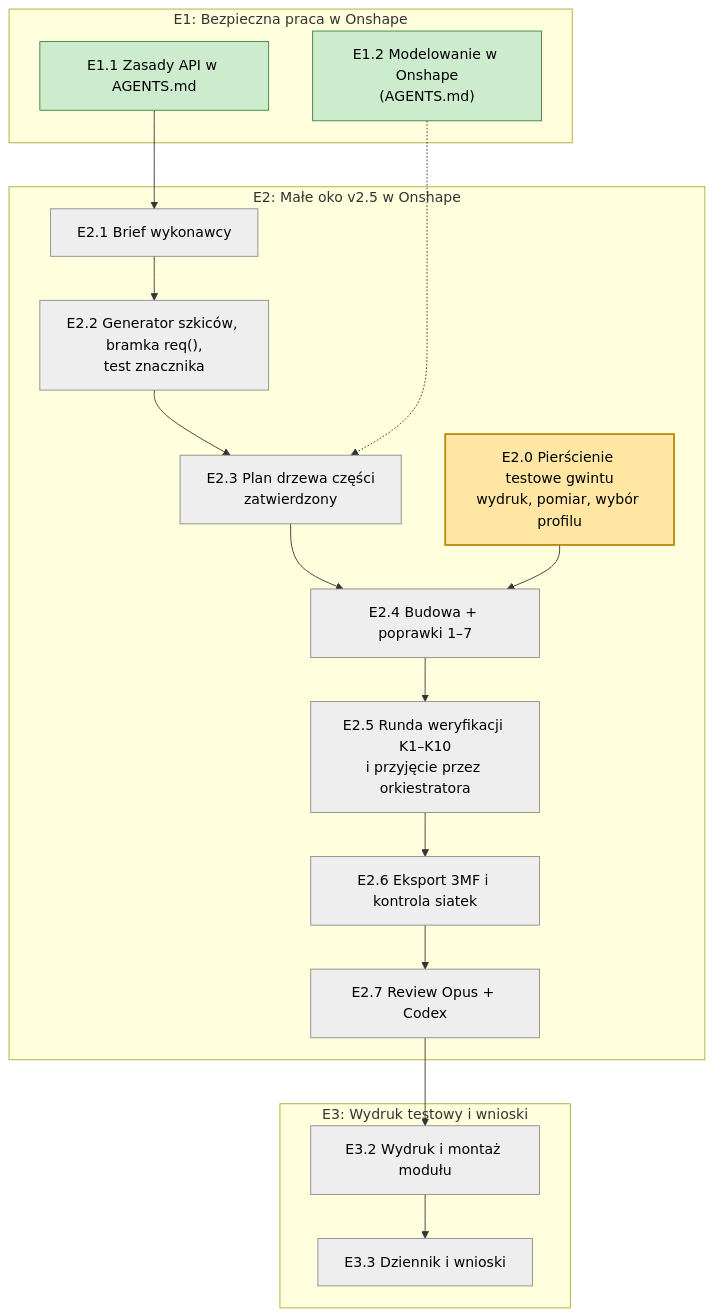
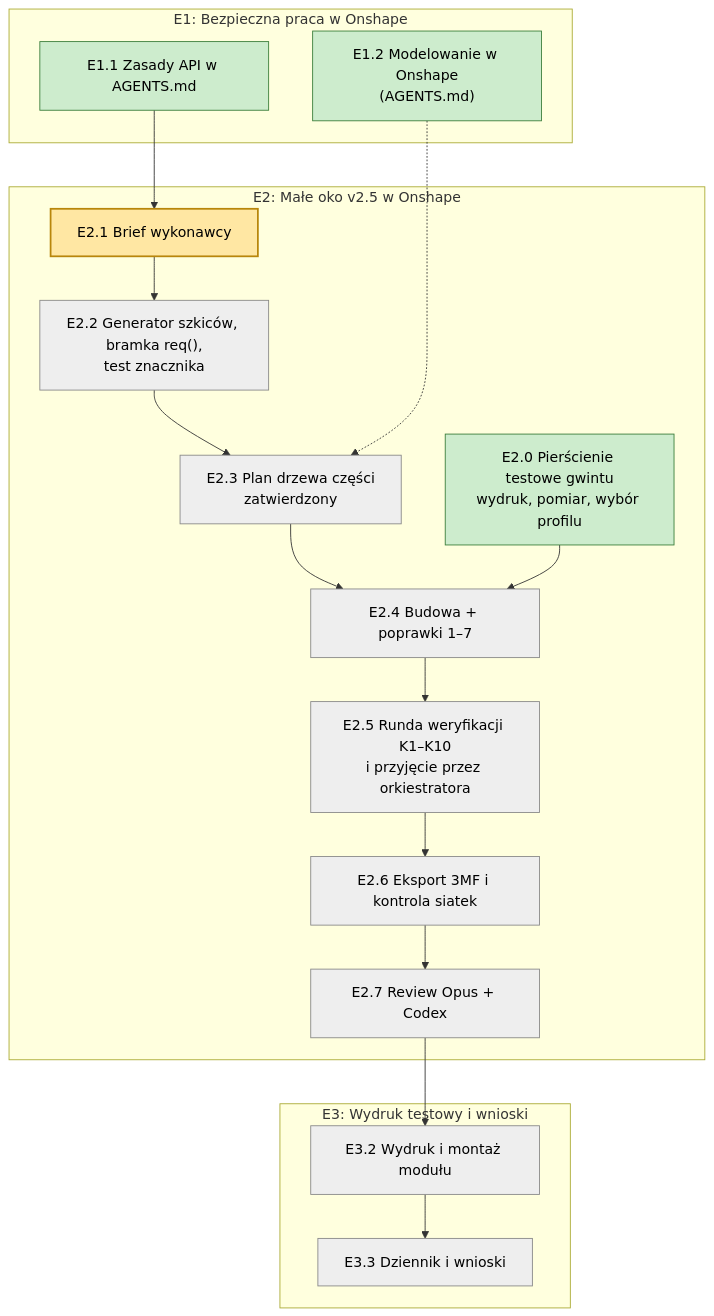
One commit to senecjusz/Dynia-eyes changed the diagram in 30-projekt/teraz.md. Above: the diagram before and after it, drawn with Mermaid. The commit also changed other lines of this file and 4 other files, not shown here.

````diff
--- a/30-projekt/teraz.md
+++ b/30-projekt/teraz.md
@@ -9,32 +9,32 @@
 ```mermaid
 flowchart TD
   subgraph E1["E1: Bezpieczna praca w Onshape"]
     E1_1["E1.1 Zasady API w AGENTS.md"]
     E1_2["E1.2 Modelowanie w Onshape<br/>(AGENTS.md)"]
   end
   subgraph E2["E2: Małe oko v2.5 w Onshape"]
     E2_0["E2.0 Pierścienie testowe gwintu<br/>wydruk, pomiar, wybór profilu"]
     E2_1["E2.1 Brief wykonawcy"]
     E2_2["E2.2 Generator szkiców, bramka req(),<br/>test znacznika"]
     E2_3["E2.3 Plan drzewa części<br/>zatwierdzony"]
     E2_4["E2.4 Budowa + poprawki 1–7"]
     E2_5["E2.5 Runda weryfikacji K1–K10<br/>i przyjęcie przez orkiestratora"]
     E2_6["E2.6 Eksport 3MF i kontrola siatek"]
     E2_7["E2.7 Review Opus + Codex"]
   end
   subgraph E3["E3: Wydruk testowy i wnioski"]
     E3_2["E3.2 Wydruk i montaż modułu"]
     E3_3["E3.3 Dziennik i wnioski"]
   end
   E1_1 --> E2_1 --> E2_2 --> E2_3 --> E2_4 --> E2_5 --> E2_6 --> E2_7 --> E3_2
   E1_2 -.-> E2_3
   E2_0 --> E2_4
   E3_2 --> E3_3
 
   classDef zrobione fill:#cdeccd,stroke:#3a7d3a,color:#000
   classDef teraz fill:#ffe7a3,stroke:#b8860b,color:#000,stroke-width:2px
   classDef czeka fill:#eeeeee,stroke:#888,color:#000
-  class E1_1,E1_2 zrobione
-  class E2_0 teraz
-  class E2_1,E2_2,E2_3,E2_4,E2_5,E2_6,E2_7,E3_2,E3_3 czeka
+  class E1_1,E1_2,E2_0 zrobione
+  class E2_1 teraz
+  class E2_2,E2_3,E2_4,E2_5,E2_6,E2_7,E3_2,E3_3 czeka
 ```
````
